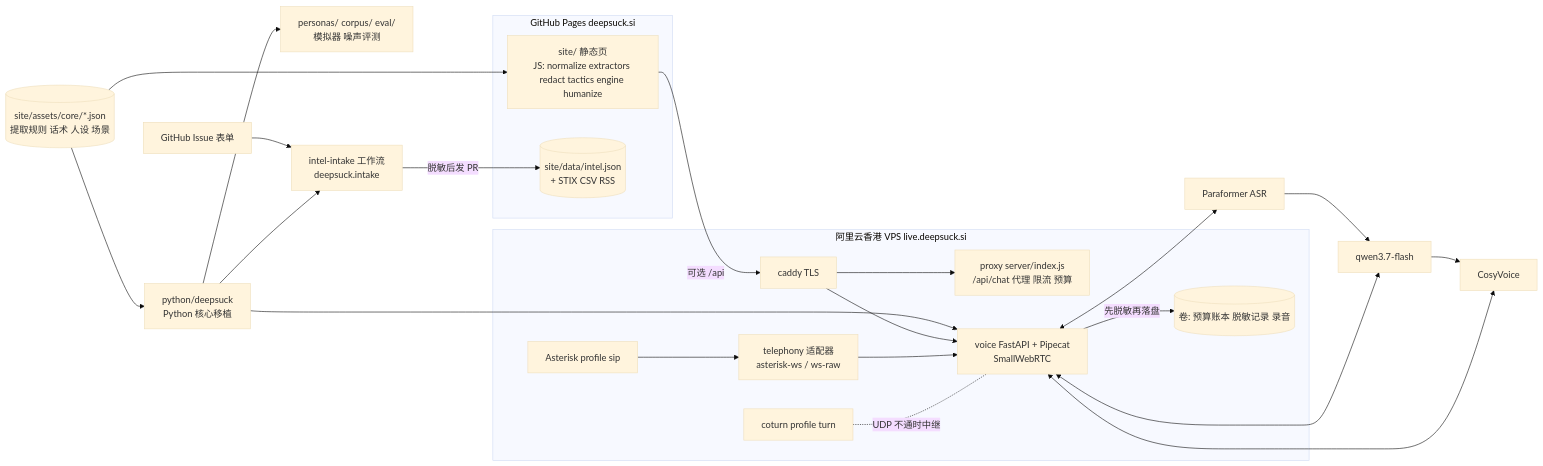
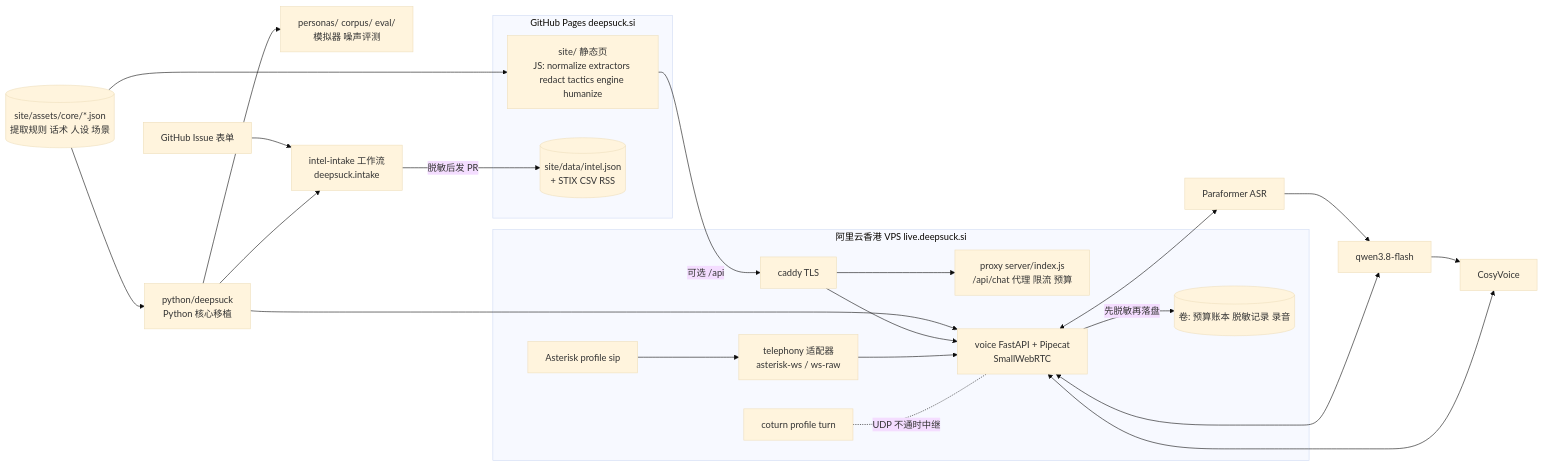
The diagram in docs/ARCHITECTURE.md (deepsucksi/deepsuck), drawn with Mermaid (base theme) before and after one commit. The commit also changed other lines of this file and 13 other files, not shown here.

Commit message:
feat(voice): 大模型换 qwen3.8-flash (#149)

````diff
--- a/docs/ARCHITECTURE.md
+++ b/docs/ARCHITECTURE.md
@@ -13,40 +13,40 @@
 ```mermaid
 flowchart LR
   CORE[("site/assets/core/*.json<br/>提取规则 话术 人设 场景")]
 
   subgraph PAGES["GitHub Pages deepsuck.si"]
     SITE["site/ 静态页<br/>JS: normalize extractors redact tactics engine humanize"]
     INTEL[("site/data/intel.json<br/>+ STIX CSV RSS")]
   end
 
   subgraph VPS["阿里云香港 VPS live.deepsuck.si"]
     CADDY["caddy TLS"]
     PROXY["proxy server/index.js<br/>/api/chat 代理 限流 预算"]
     VOICE["voice FastAPI + Pipecat<br/>SmallWebRTC"]
     TEL["telephony 适配器<br/>asterisk-ws / ws-raw"]
     SIP["Asterisk profile sip"]
     TURN["coturn profile turn"]
     VOL[("卷: 预算账本 脱敏记录 录音")]
   end
 
-  ASR["Paraformer ASR"] --> LLM["qwen3.7-flash"] --> TTS["CosyVoice"]
+  ASR["Paraformer ASR"] --> LLM["qwen3.8-flash"] --> TTS["CosyVoice"]
   PY["python/deepsuck<br/>Python 核心移植"]
   OFF["personas/ corpus/ eval/<br/>模拟器 噪声评测"]
   GH["GitHub Issue 表单"] --> ACT["intel-intake 工作流<br/>deepsuck.intake"]
 
   CORE --> SITE
   CORE --> PY
   PY --> VOICE
   PY --> OFF
   PY --> ACT
   ACT -- "脱敏后发 PR" --> INTEL
   SITE -- "可选 /api" --> CADDY
   CADDY --> PROXY
   CADDY --> VOICE
   SIP --> TEL --> VOICE
   TURN -. "UDP 不通时中继" .- VOICE
   VOICE <--> ASR
   VOICE <--> LLM
   VOICE <--> TTS
   VOICE -- "先脱敏再落盘" --> VOL
 ```
````
